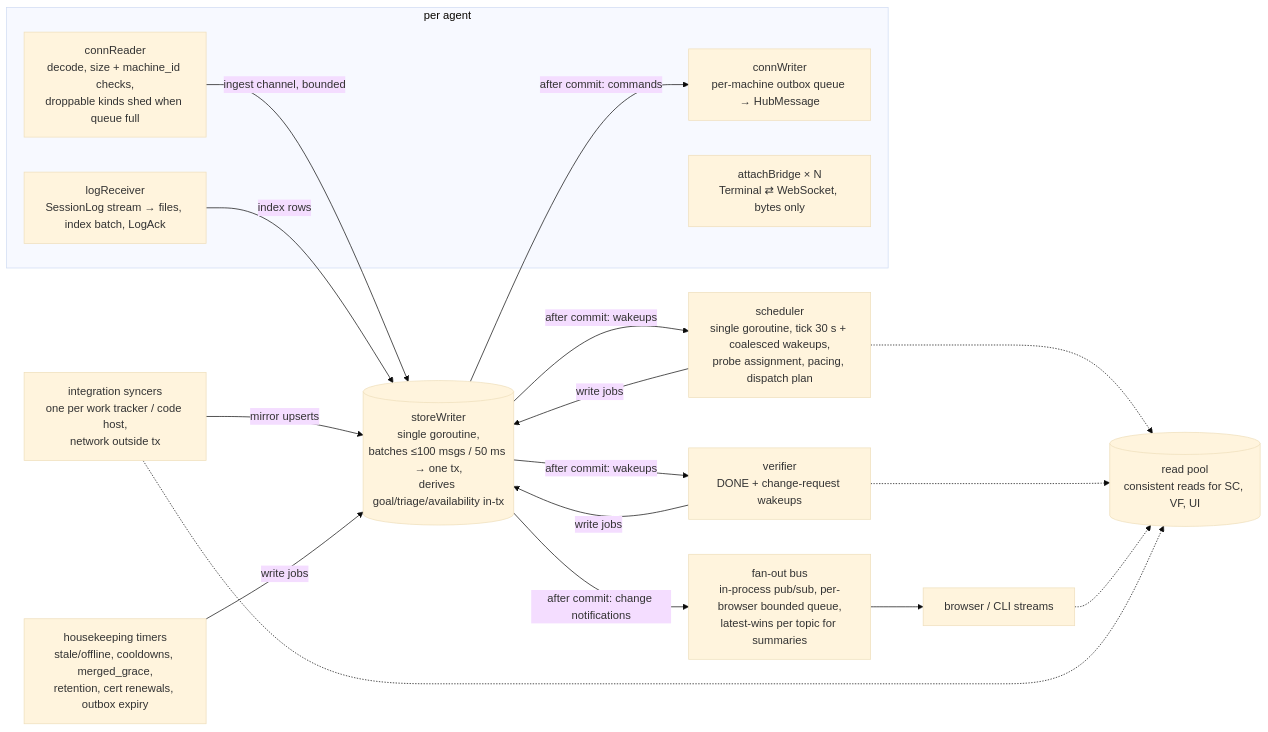
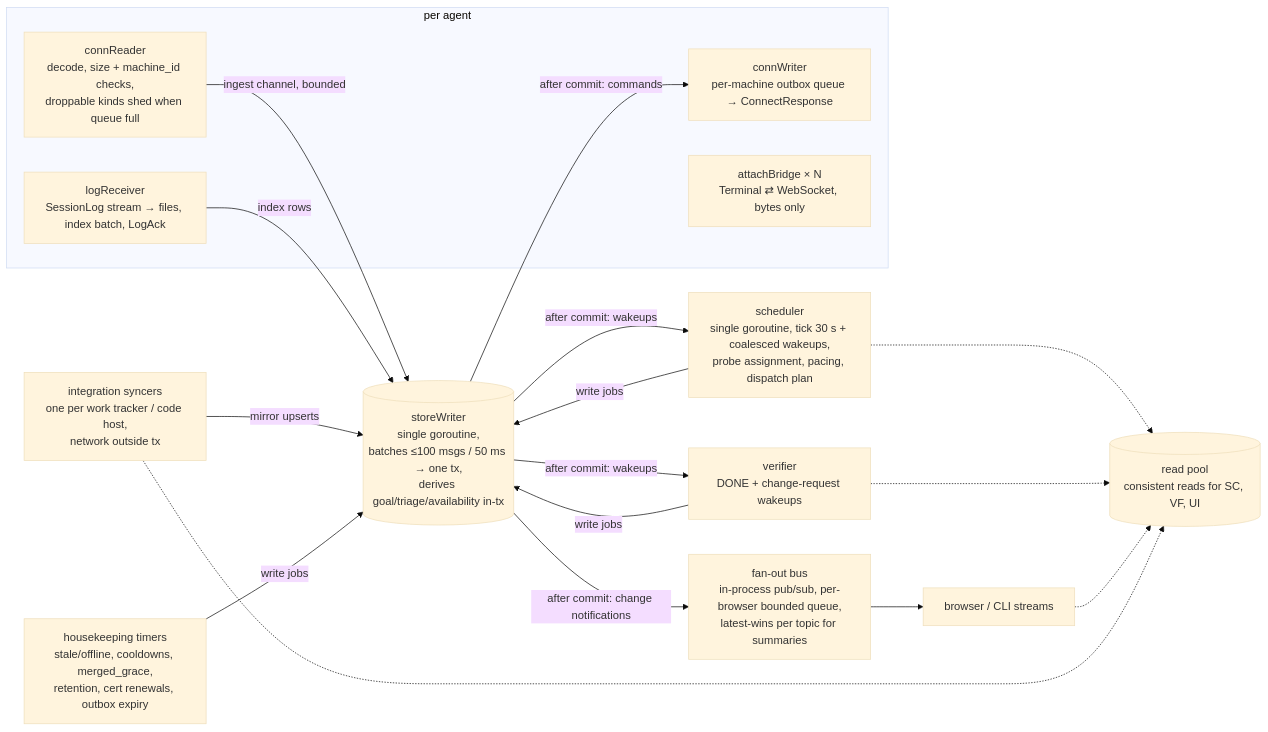
One commit to linuxdynasty/fleet-board changed the diagram in docs/specs/03f-hub-internals.md. Above: the diagram before and after it, drawn with Mermaid (base theme). The commit also changed 49 other files, not shown here.

````diff
--- a/docs/specs/03f-hub-internals.md
+++ b/docs/specs/03f-hub-internals.md
@@ -12,25 +12,25 @@
 ```mermaid
 flowchart LR
   subgraph per agent
     CR[connReader<br/>decode, size + machine_id checks,<br/>droppable kinds shed when queue full]
-    CW[connWriter<br/>per-machine outbox queue → HubMessage]
+    CW[connWriter<br/>per-machine outbox queue → ConnectResponse]
     LR[logReceiver<br/>SessionLog stream → files, index batch, LogAck]
     AB[attachBridge × N<br/>Terminal ⇄ WebSocket, bytes only]
   end
   CR -->|ingest channel, bounded| WR[(storeWriter<br/>single goroutine,<br/>batches ≤100 msgs / 50 ms → one tx,<br/>derives goal/triage/availability in-tx)]
   LR -->|index rows| WR
   SY[integration syncers<br/>one per work tracker / code host,<br/>network outside tx] -->|mirror upserts| WR
   SC["scheduler<br/>single goroutine, tick 30 s + coalesced wakeups,<br/>probe assignment, pacing, dispatch plan"] -->|write jobs| WR
   VF[verifier<br/>DONE + change-request wakeups] -->|write jobs| WR
   HK[housekeeping timers<br/>stale/offline, cooldowns, merged_grace,<br/>retention, cert renewals, outbox expiry] -->|write jobs| WR
   WR -->|after commit: commands| CW
   WR -->|after commit: wakeups| SC
   WR -->|after commit: wakeups| VF
   WR -->|after commit: change notifications| FO[fan-out bus<br/>in-process pub/sub, per-browser bounded queue,<br/>latest-wins per topic for summaries]
   FO --> UI[browser / CLI streams]
   RP[(read pool<br/>consistent reads for SC, VF, UI)]
   SC -.-> RP
   VF -.-> RP
   UI -.-> RP
   SY -.-> RP
 ```
````
